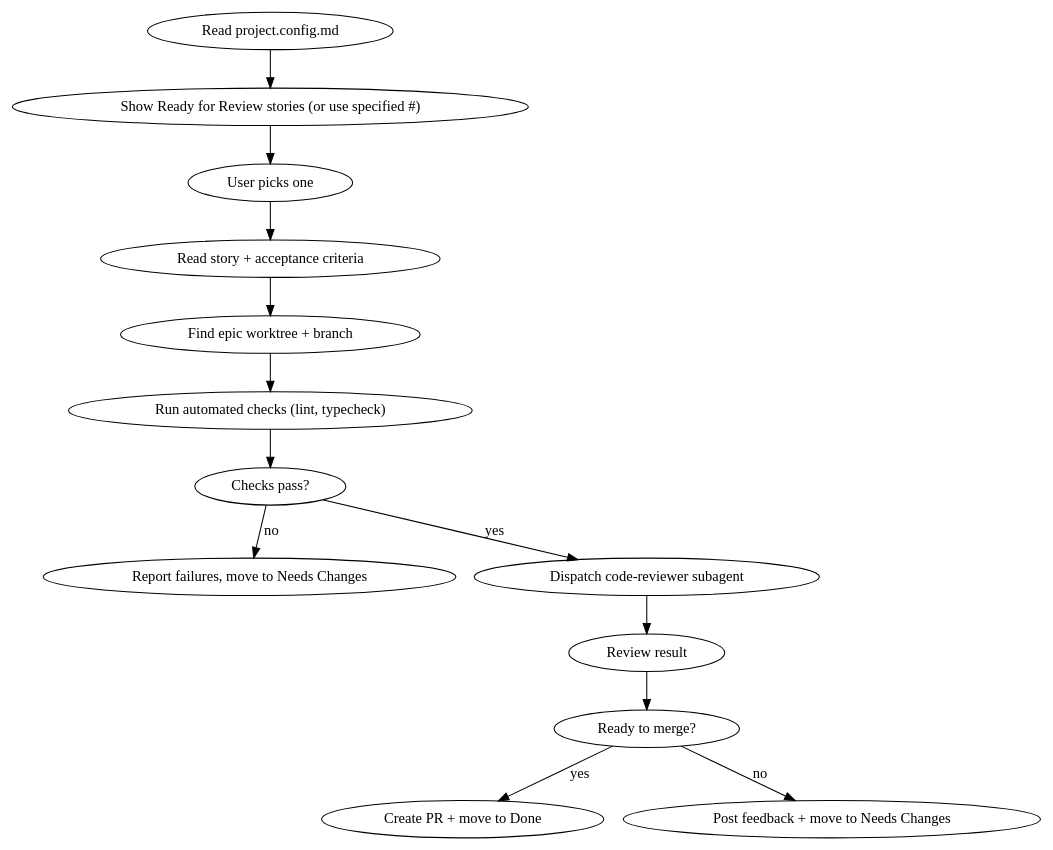
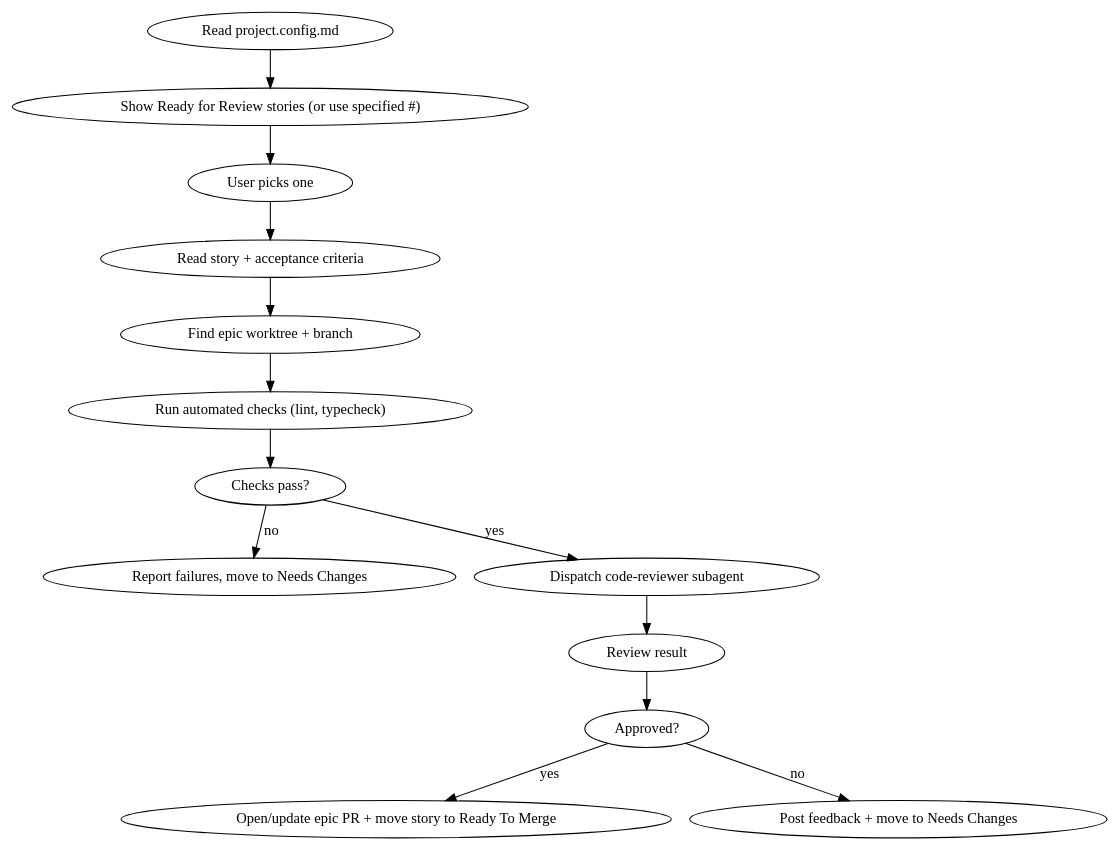
Before and after one commit to Luyste/dotfiles: the diagram in .claude/commands/review.md, drawn with Graphviz. The commit also changed other lines of this file and 19 other files, not shown here.

````diff
--- a/.claude/commands/review.md
+++ b/.claude/commands/review.md
@@ -18,16 +18,16 @@
 ```dot
 digraph review_flow {
   "Read project.config.md" -> "Show Ready for Review stories (or use specified #)";
   "Show Ready for Review stories (or use specified #)" -> "User picks one";
   "User picks one" -> "Read story + acceptance criteria";
   "Read story + acceptance criteria" -> "Find epic worktree + branch";
   "Find epic worktree + branch" -> "Run automated checks (lint, typecheck)";
   "Run automated checks (lint, typecheck)" -> "Checks pass?";
   "Checks pass?" -> "Report failures, move to Needs Changes" [label="no"];
   "Checks pass?" -> "Dispatch code-reviewer subagent" [label="yes"];
   "Dispatch code-reviewer subagent" -> "Review result";
-  "Review result" -> "Ready to merge?";
-  "Ready to merge?" -> "Create PR + move to Done" [label="yes"];
-  "Ready to merge?" -> "Post feedback + move to Needs Changes" [label="no"];
+  "Review result" -> "Approved?";
+  "Approved?" -> "Open/update epic PR + move story to Ready To Merge" [label="yes"];
+  "Approved?" -> "Post feedback + move to Needs Changes" [label="no"];
 }
 ```
````
